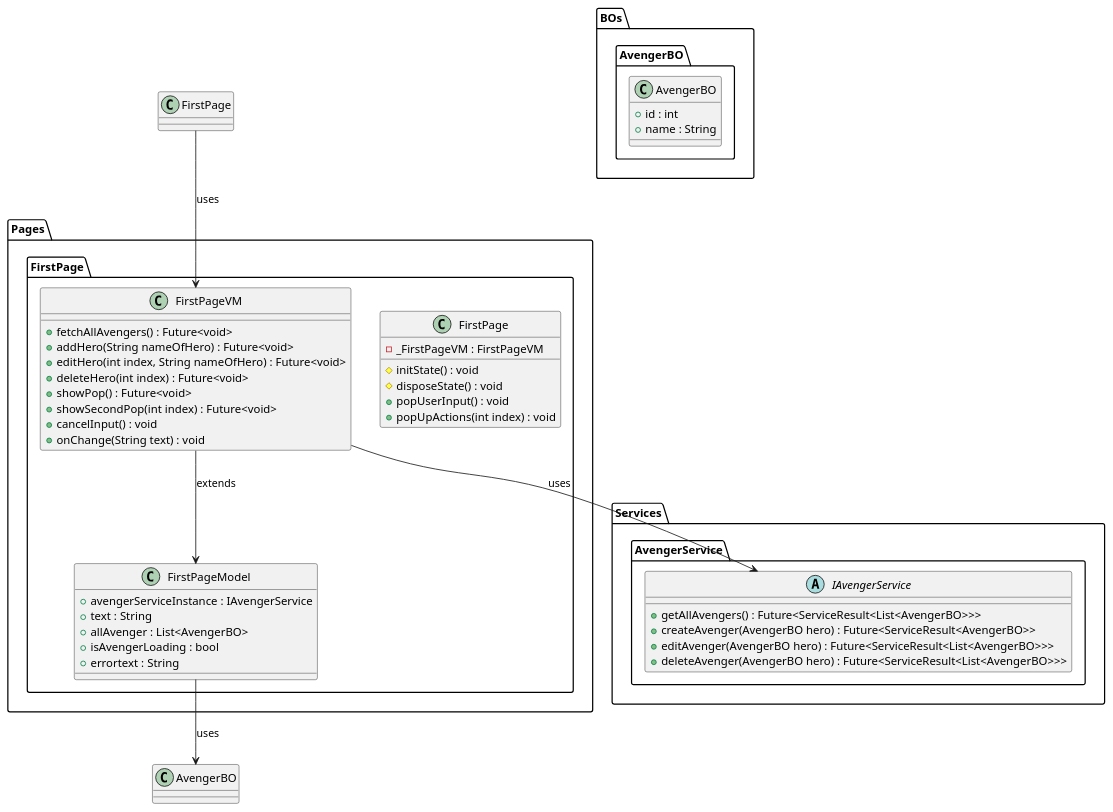
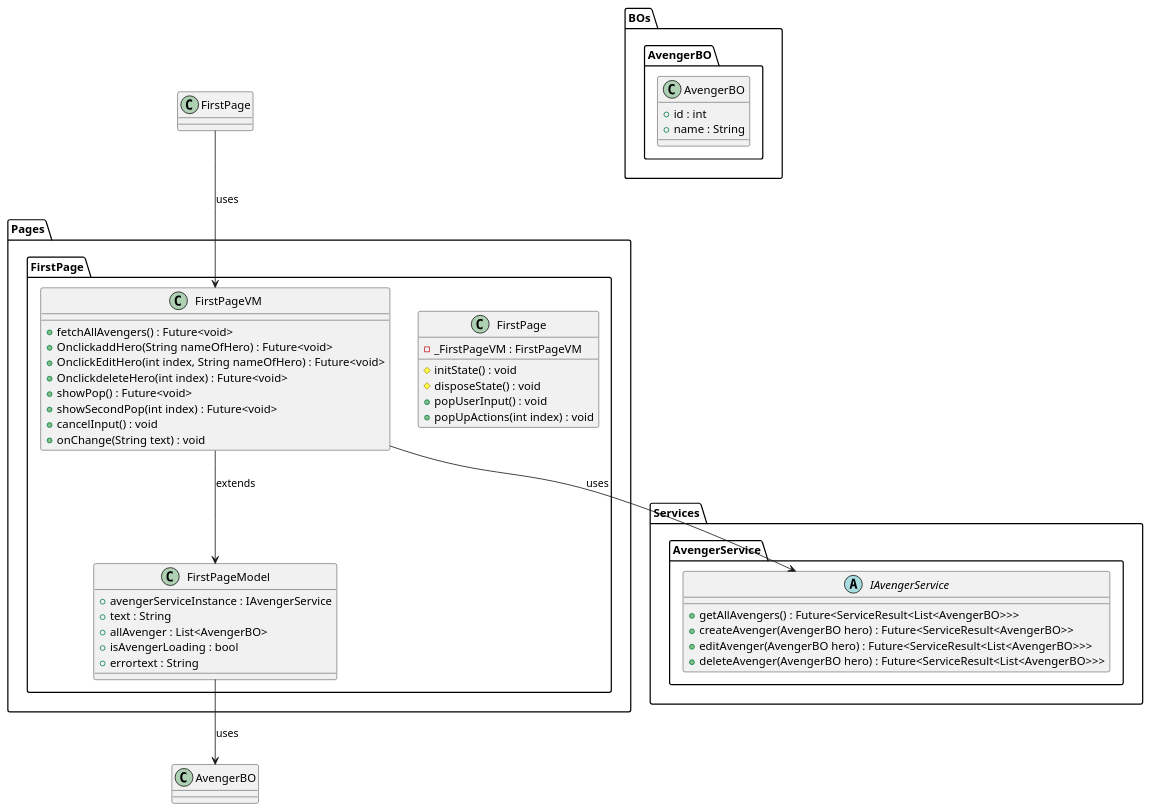
One commit to Judirebecca/API changed the diagram in lib/Pages/Design/FirstPage_class.puml. Above: the diagram before and after it, drawn with PlantUML. The commit also changed 8 other files, not shown here.

```diff
--- a/lib/Pages/Design/FirstPage_class.puml
+++ b/lib/Pages/Design/FirstPage_class.puml
@@ -1,52 +1,52 @@
 @startuml First Page Class Diagram
 package Pages{
     package FirstPage{
         class FirstPage{
         - _FirstPageVM : FirstPageVM
         # initState() : void 
         # disposeState() : void 
         + popUserInput() : void 
         + popUpActions(int index) : void
     }
     class FirstPageVM{
         + fetchAllAvengers() : Future<void>
-        + addHero(String nameOfHero) : Future<void>
-        + editHero(int index, String nameOfHero) : Future<void>
-        + deleteHero(int index) : Future<void>
+        + OnclickaddHero(String nameOfHero) : Future<void>
+        + OnclickEditHero(int index, String nameOfHero) : Future<void>
+        + OnclickdeleteHero(int index) : Future<void>
         + showPop() : Future<void>
         + showSecondPop(int index) : Future<void>
         + cancelInput() : void
         + onChange(String text) : void
     }
     class FirstPageModel{
         + avengerServiceInstance : IAvengerService
         + text : String
         + allAvenger : List<AvengerBO>
         + isAvengerLoading : bool 
         + errortext : String
     }
 }
 }
 package Services{
     package AvengerService{
         abstract class IAvengerService{
             + getAllAvengers() : Future<ServiceResult<List<AvengerBO>>>
             + createAvenger(AvengerBO hero) : Future<ServiceResult<AvengerBO>>
             + editAvenger(AvengerBO hero) : Future<ServiceResult<List<AvengerBO>>>
             + deleteAvenger(AvengerBO hero) : Future<ServiceResult<List<AvengerBO>>>
         }
     }
 }
 package BOs{
     package AvengerBO{
         class AvengerBO{
             + id : int
             + name : String
         }
     }
 }
 FirstPageVM --> FirstPageModel : extends
 FirstPage --> FirstPageVM : uses
 FirstPageModel --> AvengerBO : uses
 FirstPageVM --> IAvengerService : uses
 @enduml
```
